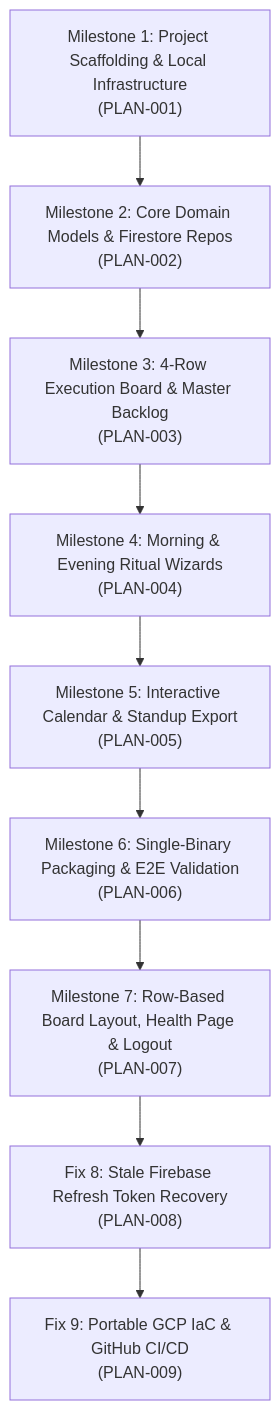
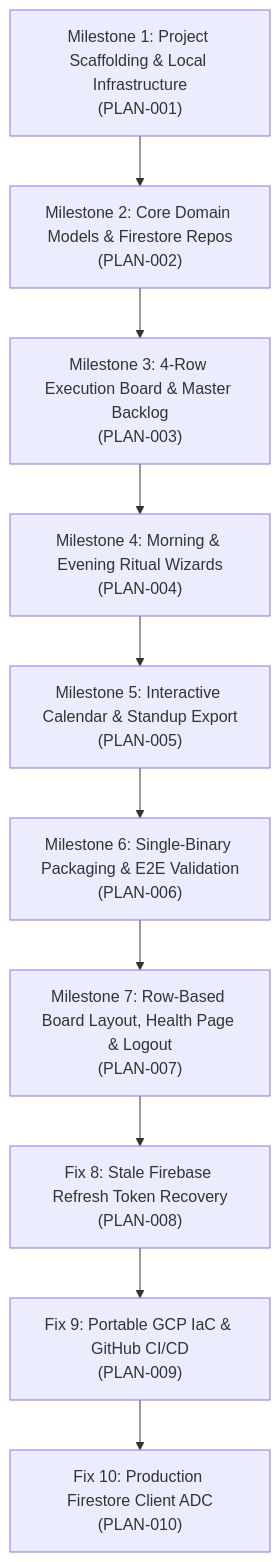
One commit to chadzink/daily-check-in changed the diagram in plans/ROADMAP.md. Above: the diagram before and after it, drawn with Mermaid. The commit also changed other lines of this file and 5 other files, not shown here.

First line of the commit message:
fix(firestore): use Application Default Credentials in production (PLAN-010)

````diff
--- a/plans/ROADMAP.md
+++ b/plans/ROADMAP.md
@@ -10,21 +10,23 @@
 ```mermaid
 flowchart TD
     M1["Milestone 1: Project Scaffolding & Local Infrastructure<br>(PLAN-001)"]
     M2["Milestone 2: Core Domain Models & Firestore Repos<br>(PLAN-002)"]
     M3["Milestone 3: 4-Row Execution Board & Master Backlog<br>(PLAN-003)"]
     M4["Milestone 4: Morning & Evening Ritual Wizards<br>(PLAN-004)"]
     M5["Milestone 5: Interactive Calendar & Standup Export<br>(PLAN-005)"]
     M6["Milestone 6: Single-Binary Packaging & E2E Validation<br>(PLAN-006)"]
     M7["Milestone 7: Row-Based Board Layout, Health Page & Logout<br>(PLAN-007)"]
     M8["Fix 8: Stale Firebase Refresh Token Recovery<br>(PLAN-008)"]
     M9["Fix 9: Portable GCP IaC & GitHub CI/CD<br>(PLAN-009)"]
+    M10["Fix 10: Production Firestore Client ADC<br>(PLAN-010)"]
 
     M1 --> M2
     M2 --> M3
     M3 --> M4
     M4 --> M5
     M5 --> M6
     M6 --> M7
     M7 --> M8
     M8 --> M9
+    M9 --> M10
 ```
````
